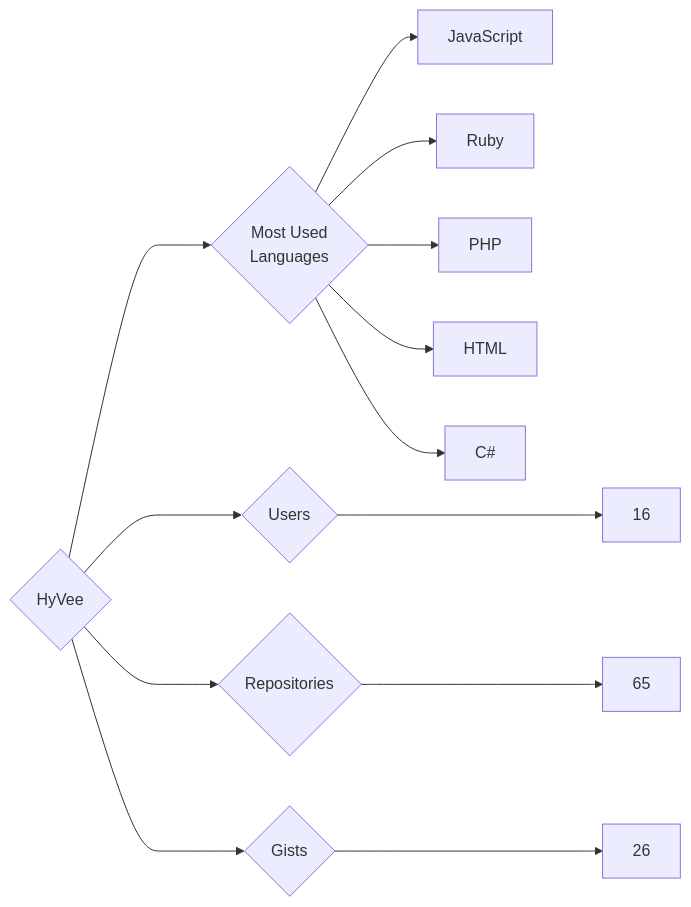
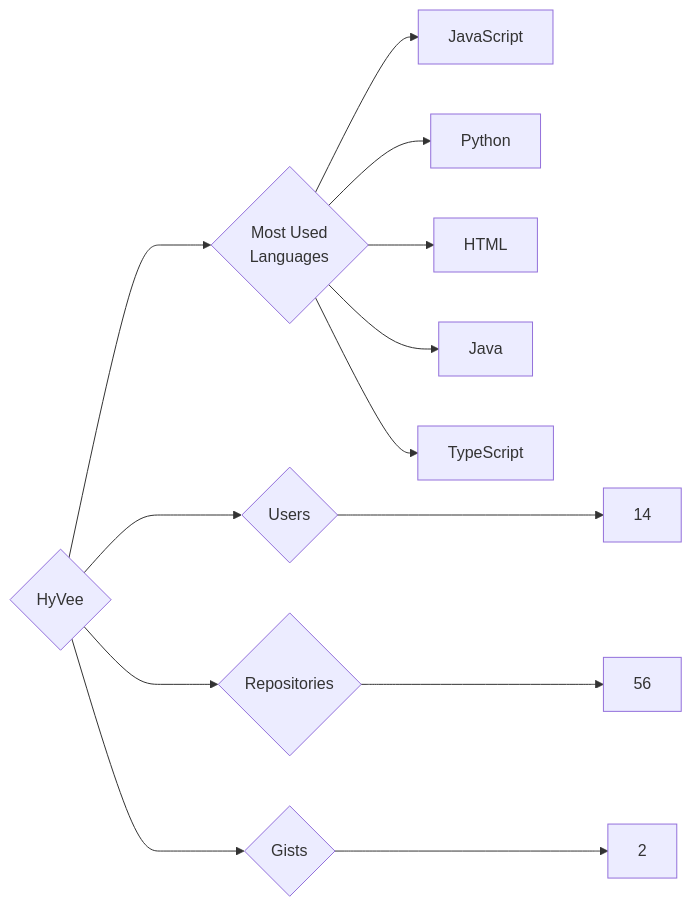
The diagram in targets/HyVee/README.md (trickest/insiders), drawn with Mermaid before and after one commit. The commit also changed 927 other files, not shown here.

````diff
--- a/targets/HyVee/README.md
+++ b/targets/HyVee/README.md
@@ -3,13 +3,13 @@
 ```mermaid
 graph LR
 COMPANY_NAME{HyVee}
-COMPANY_NAME ---> U{Users} ---> UN[16]
-COMPANY_NAME ---> R{Repositories} ---> RN[65]
-COMPANY_NAME ---> G{Gists} ---> GN[26]
+COMPANY_NAME ---> U{Users} ---> UN[14]
+COMPANY_NAME ---> R{Repositories} ---> RN[56]
+COMPANY_NAME ---> G{Gists} ---> GN[2]
 COMPANY_NAME ---> ML{Most Used<br>Languages}
 ML --> JavaScript[JavaScript]
-ML --> Ruby[Ruby]
-ML --> PHP[PHP]
+ML --> Python[Python]
 ML --> HTML[HTML]
-ML --> C#[C#]
+ML --> Java[Java]
+ML --> TypeScript[TypeScript]
 ```
````
